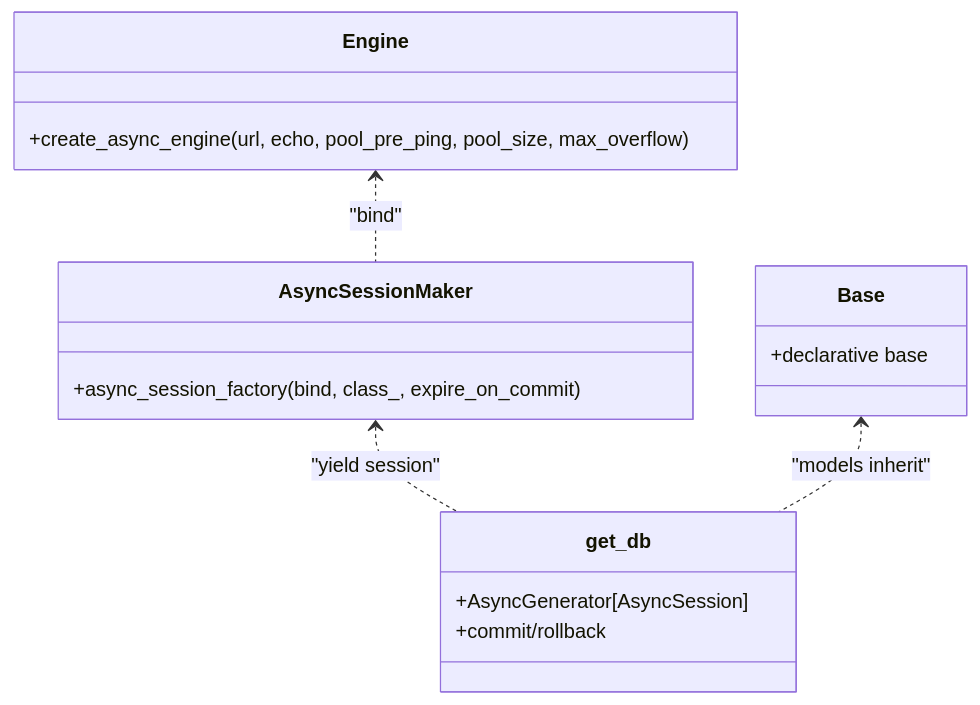
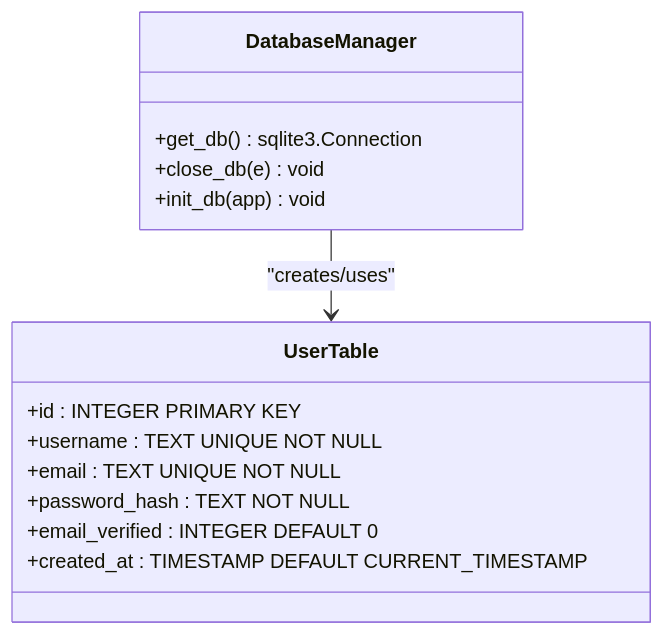
One commit to PolarisW007/PolaZhenJing changed the fourth of 7 diagrams in .qoder/repowiki/en/content/Backend Application/Backend Application.md. Above: the diagram before and after it, drawn with Mermaid. The commit also changed other lines of this file and 153 other files, not shown here.

````diff
--- a/.qoder/repowiki/en/content/Backend Application/Backend Application.md
+++ b/.qoder/repowiki/en/content/Backend Application/Backend Application.md
@@ -235,19 +171,17 @@
 ```mermaid
 classDiagram
-class Engine {
-+create_async_engine(url, echo, pool_pre_ping, pool_size, max_overflow)
+class DatabaseManager {
++get_db() sqlite3.Connection
++close_db(e) void
++init_db(app) void
 }
-class AsyncSessionMaker {
-+async_session_factory(bind, class_, expire_on_commit)
+class UserTable {
++id : INTEGER PRIMARY KEY
++username : TEXT UNIQUE NOT NULL
++email : TEXT UNIQUE NOT NULL
++password_hash : TEXT NOT NULL
++email_verified : INTEGER DEFAULT 0
++created_at : TIMESTAMP DEFAULT CURRENT_TIMESTAMP
 }
-class Base {
-+declarative base
-}
-class get_db {
-+AsyncGenerator[AsyncSession]
-+commit/rollback
-}
-Engine <.. AsyncSessionMaker : "bind"
-AsyncSessionMaker <.. get_db : "yield session"
-Base <.. get_db : "models inherit"
+DatabaseManager --> UserTable : "creates/uses"
 ```
````
